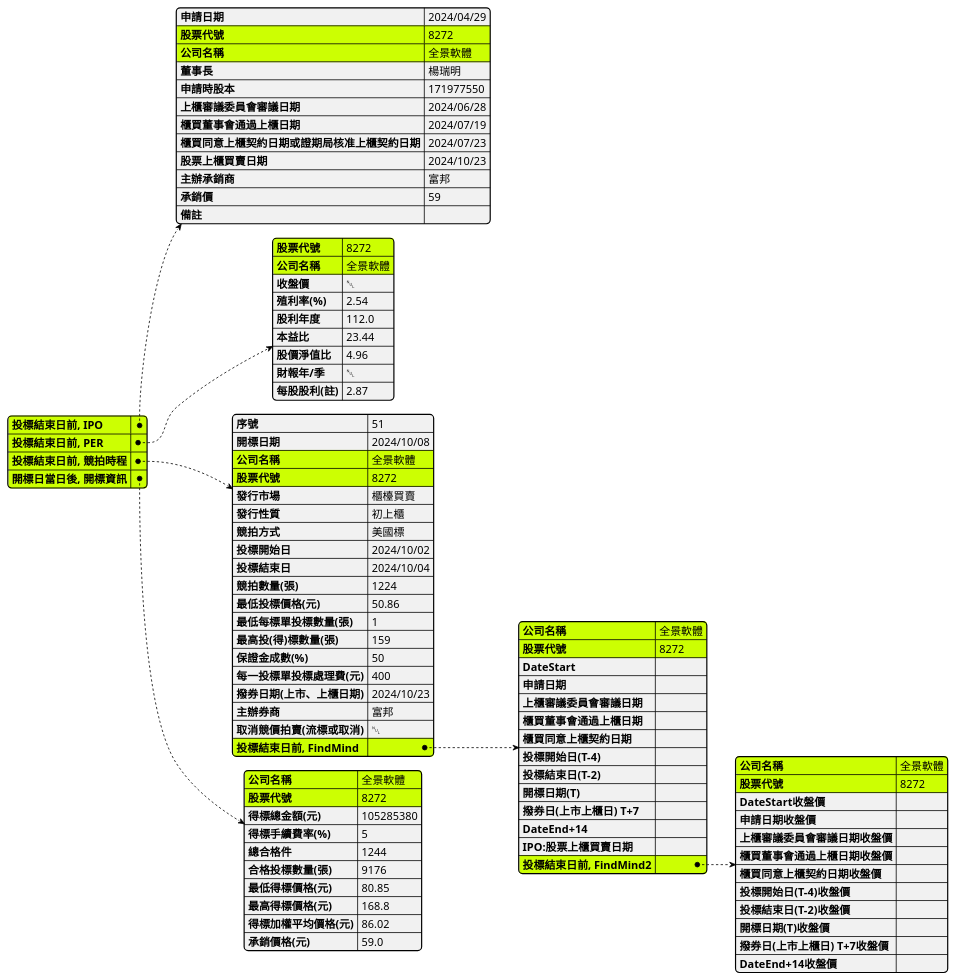
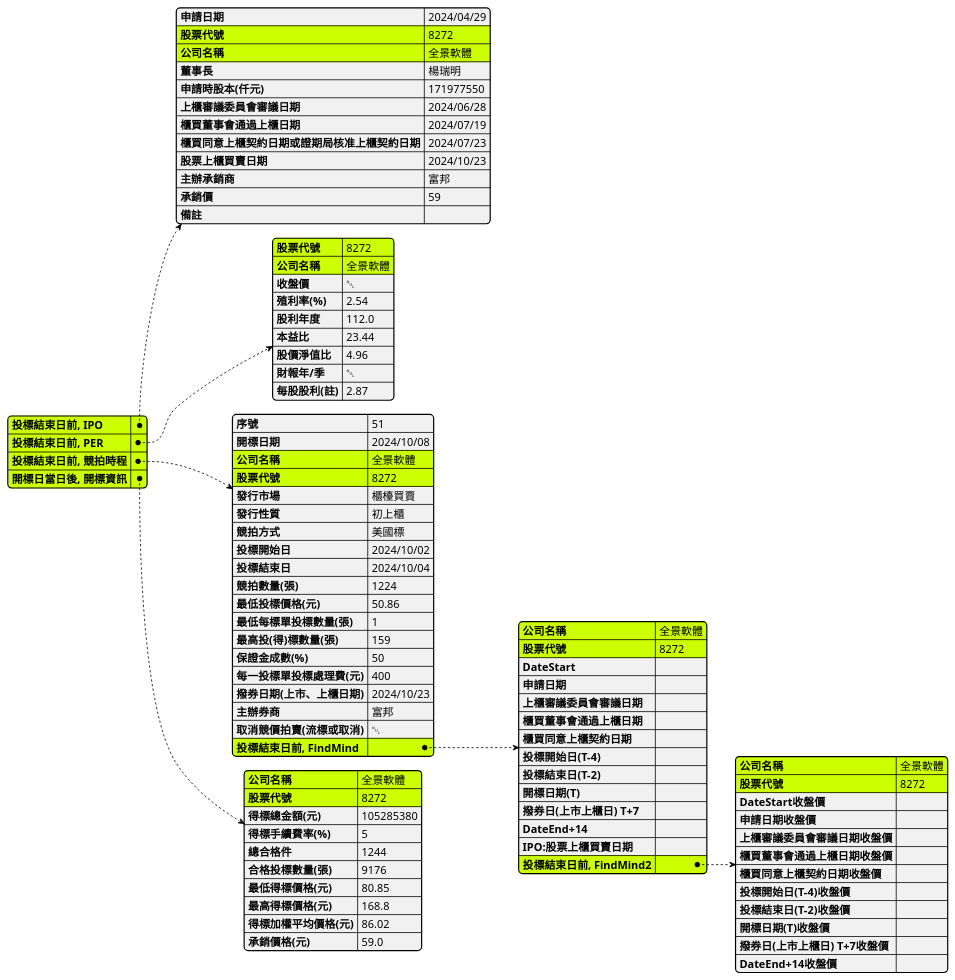
Before and after one commit to wenchiehlee/Selenium-Actions.Auction: the diagram in IPO.plantuml, drawn with PlantUML.

Commit message:
change to 申請時股本(仟元)

```diff
--- a/IPO.plantuml
+++ b/IPO.plantuml
@@ -1,129 +1,129 @@
 @startjson
 
 skinparam BoxPadding 10
 skinparam actorStyle awesome
 skinparam LegendBorderThickness 1
 skinparam backgroundColor transparent
 
 #highlight  "投標結束日前, IPO"
 
 #highlight  "投標結束日前, IPO" / "股票代號"
 #highlight  "投標結束日前, IPO" / "公司名稱"
 
 #highlight  "投標結束日前, PER"
 
 #highlight  "投標結束日前, PER" / "股票代號"
 #highlight  "投標結束日前, PER" / "公司名稱"
 
 #highlight  "投標結束日前, 競拍時程"
 
 #highlight  "投標結束日前, 競拍時程" / "股票代號"
 #highlight  "投標結束日前, 競拍時程" / "公司名稱"
 
 #highlight  "投標結束日前, 競拍時程" / "投標結束日前, FindMind"
 
 #highlight  "投標結束日前, 競拍時程" / "投標結束日前, FindMind" / "股票代號"
 #highlight  "投標結束日前, 競拍時程" / "投標結束日前, FindMind" / "公司名稱"
 
 #highlight  "投標結束日前, 競拍時程" / "投標結束日前, FindMind" / "投標結束日前, FindMind2"
 
 #highlight  "投標結束日前, 競拍時程" / "投標結束日前, FindMind" / "投標結束日前, FindMind2" / "股票代號"
 #highlight  "投標結束日前, 競拍時程" / "投標結束日前, FindMind" / "投標結束日前, FindMind2" / "公司名稱"
 
 #highlight  "開標日當日後, 開標資訊"
 
 #highlight  "開標日當日後, 開標資訊" / "股票代號"
 #highlight  "開標日當日後, 開標資訊" / "公司名稱"
 
 
 {
   "投標結束日前, IPO":     {
   "申請日期": "2024/04/29",
   "股票代號": "8272",
   "公司名稱": "全景軟體",
   "董事長": "楊瑞明",
-  "申請時股本": 171977550,
+  "申請時股本(仟元)": 171977550,
   "上櫃審議委員會審議日期": "2024/06/28",
   "櫃買董事會通過上櫃日期": "2024/07/19",
   "櫃買同意上櫃契約日期或證期局核准上櫃契約日期": "2024/07/23",
   "股票上櫃買賣日期": "2024/10/23",
   "主辦承銷商": "富邦",
   "承銷價": 59,
   "備註": ""
     },
 
   "投標結束日前, PER":     {
         "股票代號": "8272",
         "公司名稱": "全景軟體",
         "收盤價": null,
         "殖利率(%)": 2.54,
         "股利年度": 112.0,
         "本益比": 23.44,
         "股價淨值比": 4.96,
         "財報年/季": null,
         "每股股利(註)": 2.87
     },
   "投標結束日前, 競拍時程":     {
         "序號": 51,
         "開標日期": "2024/10/08",
         "公司名稱": "全景軟體",
         "股票代號": "8272",
         "發行市場": "櫃檯買賣",
         "發行性質": "初上櫃",
         "競拍方式": "美國標",
         "投標開始日": "2024/10/02",
         "投標結束日": "2024/10/04",
         "競拍數量(張)": 1224,
         "最低投標價格(元)": 50.86,
         "最低每標單投標數量(張)": 1,
         "最高投(得)標數量(張)": 159,
         "保證金成數(%)": 50,
         "每一投標單投標處理費(元)": 400,
         "撥券日期(上市、上櫃日期)": "2024/10/23",
         "主辦券商": "富邦",
         "取消競價拍賣(流標或取消)": null,
 
         "投標結束日前, FindMind": {
         "公司名稱": "全景軟體",
         "股票代號": "8272",
         "DateStart":"",
         "申請日期": "",
         "上櫃審議委員會審議日期":"",
         "櫃買董事會通過上櫃日期":"",
         "櫃買同意上櫃契約日期":"",
         "投標開始日(T-4)":"",
         "投標結束日(T-2)":"",
         "開標日期(T)":"",
         "撥券日(上市上櫃日) T+7":"",
         "DateEnd+14":"",
         "IPO:股票上櫃買賣日期":"",
         "投標結束日前, FindMind2": {
         "公司名稱": "全景軟體",
         "股票代號": "8272",
         "DateStart收盤價":"",
         "申請日期收盤價": "",
         "上櫃審議委員會審議日期收盤價":"",
         "櫃買董事會通過上櫃日期收盤價":"",
         "櫃買同意上櫃契約日期收盤價":"",
         "投標開始日(T-4)收盤價":"",
         "投標結束日(T-2)收盤價":"",
         "開標日期(T)收盤價":"",
         "撥券日(上市上櫃日) T+7收盤價":"",
         "DateEnd+14收盤價":""
         }
         }
     },
   "開標日當日後, 開標資訊": {
     "公司名稱": "全景軟體",
     "股票代號": "8272",
     "得標總金額(元)": 105285380,
     "得標手續費率(%)": 5,
     "總合格件": 1244,
     "合格投標數量(張)": 9176,
     "最低得標價格(元)": 80.85,
     "最高得標價格(元)": 168.8,
     "得標加權平均價格(元)": 86.02,
     "承銷價格(元)": 59.0
   }
 }
 @endjson
```
